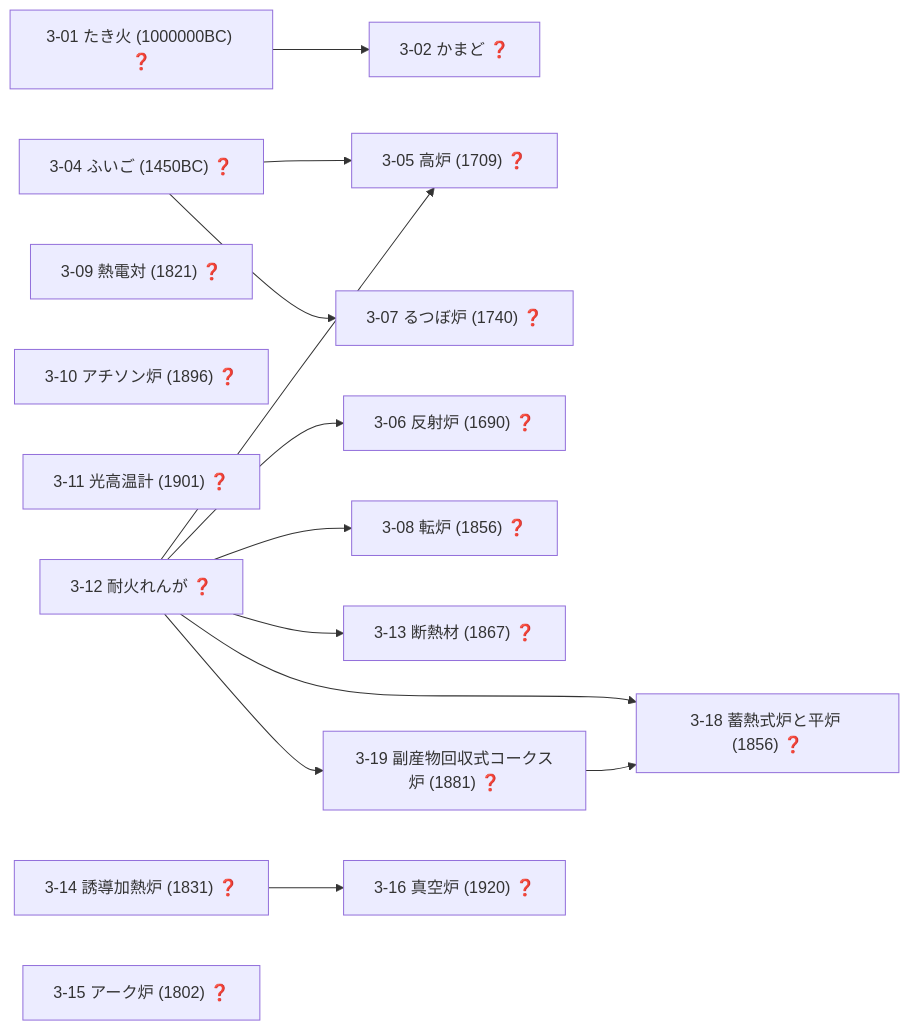
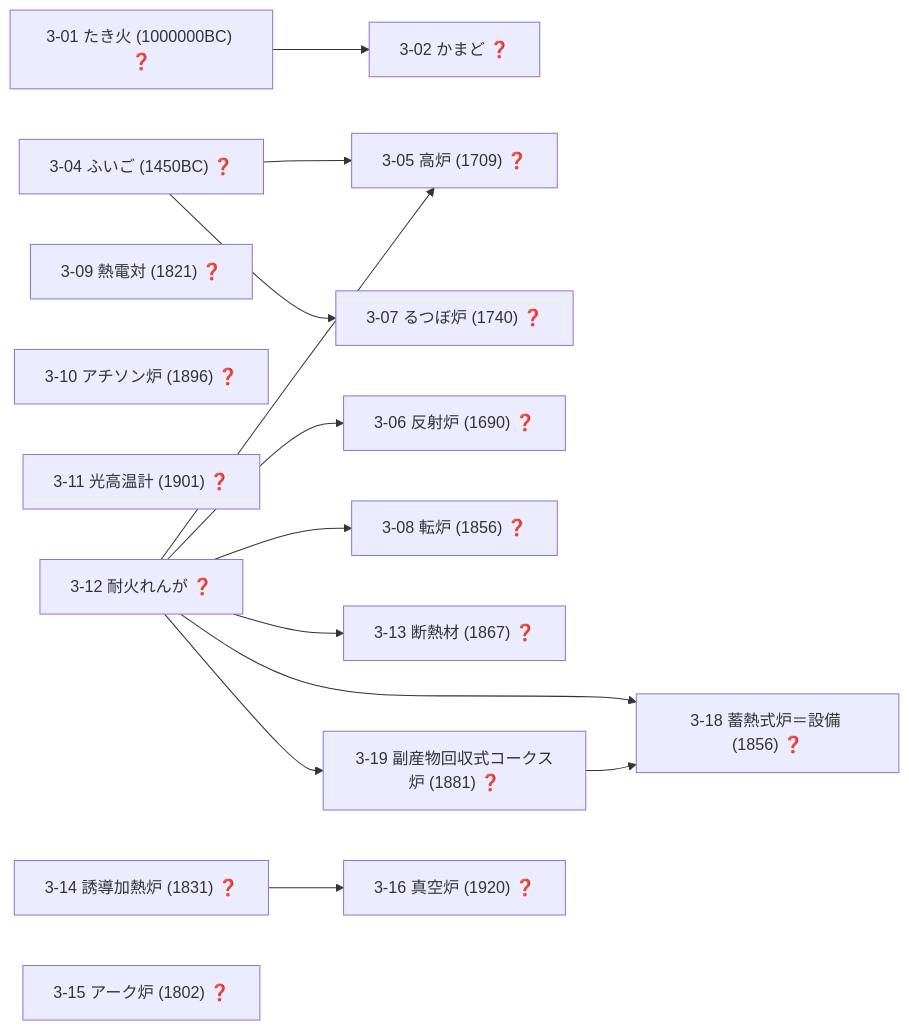
The sixth of 19 diagrams in docs/TECH_TREE_VIEW.md (taku3i0317-collab/semiconductor-lab), drawn with Mermaid before and after one commit. The commit also changed other lines of this file and 2 other files, not shown here.

````diff
--- a/docs/TECH_TREE_VIEW.md
+++ b/docs/TECH_TREE_VIEW.md
@@ -301,31 +304,31 @@
 ```mermaid
 graph LR
   n3_01["3-01 たき火 (1000000BC) ❓"]
   n3_02["3-02 かまど ❓"]
   n3_04["3-04 ふいご (1450BC) ❓"]
   n3_05["3-05 高炉 (1709) ❓"]
   n3_06["3-06 反射炉 (1690) ❓"]
   n3_07["3-07 るつぼ炉 (1740) ❓"]
   n3_08["3-08 転炉 (1856) ❓"]
   n3_09["3-09 熱電対 (1821) ❓"]
   n3_10["3-10 アチソン炉 (1896) ❓"]
   n3_11["3-11 光高温計 (1901) ❓"]
   n3_12["3-12 耐火れんが ❓"]
   n3_13["3-13 断熱材 (1867) ❓"]
   n3_14["3-14 誘導加熱炉 (1831) ❓"]
   n3_15["3-15 アーク炉 (1802) ❓"]
   n3_16["3-16 真空炉 (1920) ❓"]
-  n3_18["3-18 蓄熱式炉と平炉 (1856) ❓"]
+  n3_18["3-18 蓄熱式炉＝設備 (1856) ❓"]
   n3_19["3-19 副産物回収式コークス炉 (1881) ❓"]
   n3_01-->n3_02
   n3_04-->n3_05
   n3_12-->n3_05
   n3_12-->n3_06
   n3_04-->n3_07
   n3_12-->n3_08
   n3_12-->n3_13
   n3_14-->n3_16
   n3_12-->n3_18
   n3_19-->n3_18
   n3_12-->n3_19
 ```
````
